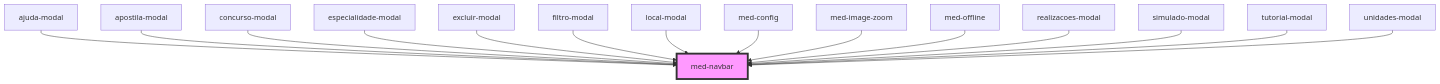
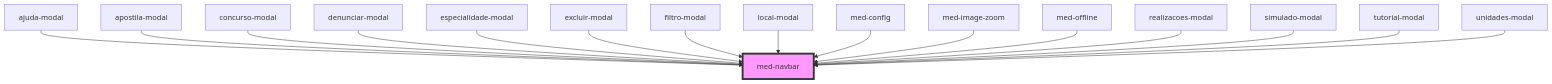
Before and after one commit to MEDGRUPOGIT/ionic-framework-1: the diagram in core/src/components/@templarios/compositions/med-navbar/readme.md, drawn with Mermaid. The commit also changed other lines of this file and 17 other files, not shown here.

Commit message:
migração ionic 1 modal denunciar dúvida

````diff
--- a/core/src/components/@templarios/compositions/med-navbar/readme.md
+++ b/core/src/components/@templarios/compositions/med-navbar/readme.md
@@ -36,18 +37,19 @@
 ```mermaid
 graph TD;
   ajuda-modal --> med-navbar
   apostila-modal --> med-navbar
   concurso-modal --> med-navbar
+  denunciar-modal --> med-navbar
   especialidade-modal --> med-navbar
   excluir-modal --> med-navbar
   filtro-modal --> med-navbar
   local-modal --> med-navbar
   med-config --> med-navbar
   med-image-zoom --> med-navbar
   med-offline --> med-navbar
   realizacoes-modal --> med-navbar
   simulado-modal --> med-navbar
   tutorial-modal --> med-navbar
   unidades-modal --> med-navbar
   style med-navbar fill:#f9f,stroke:#333,stroke-width:4px
 ```
````
